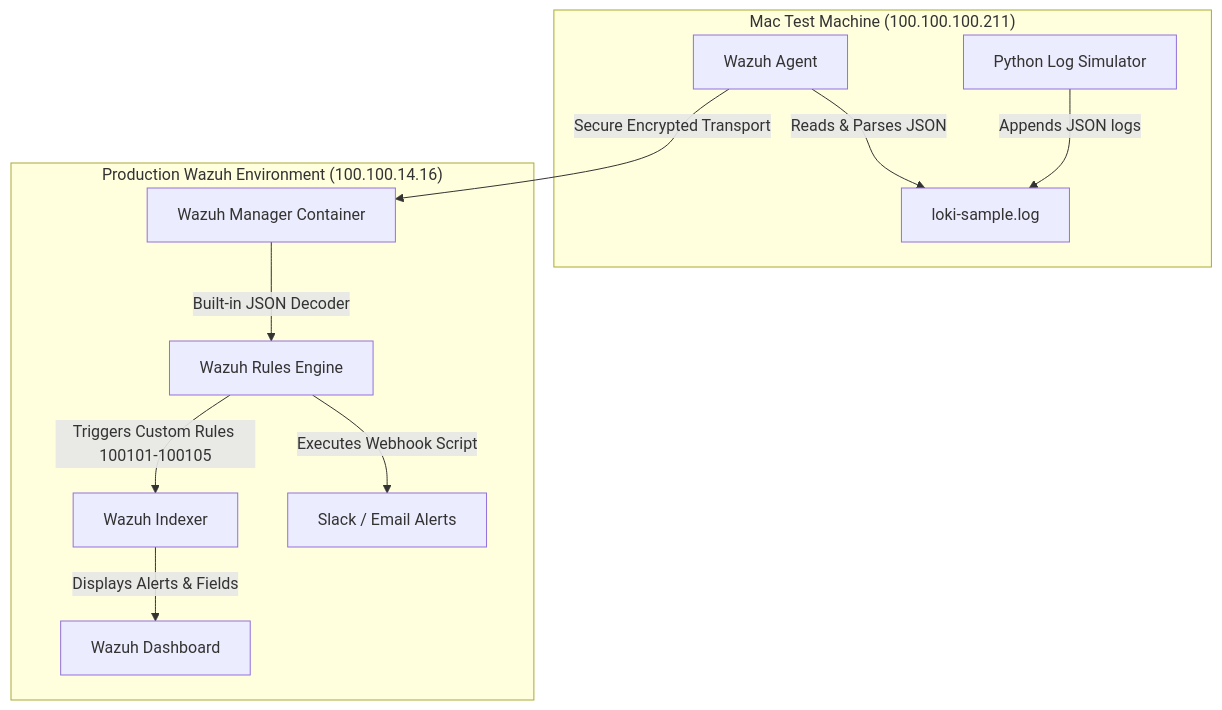
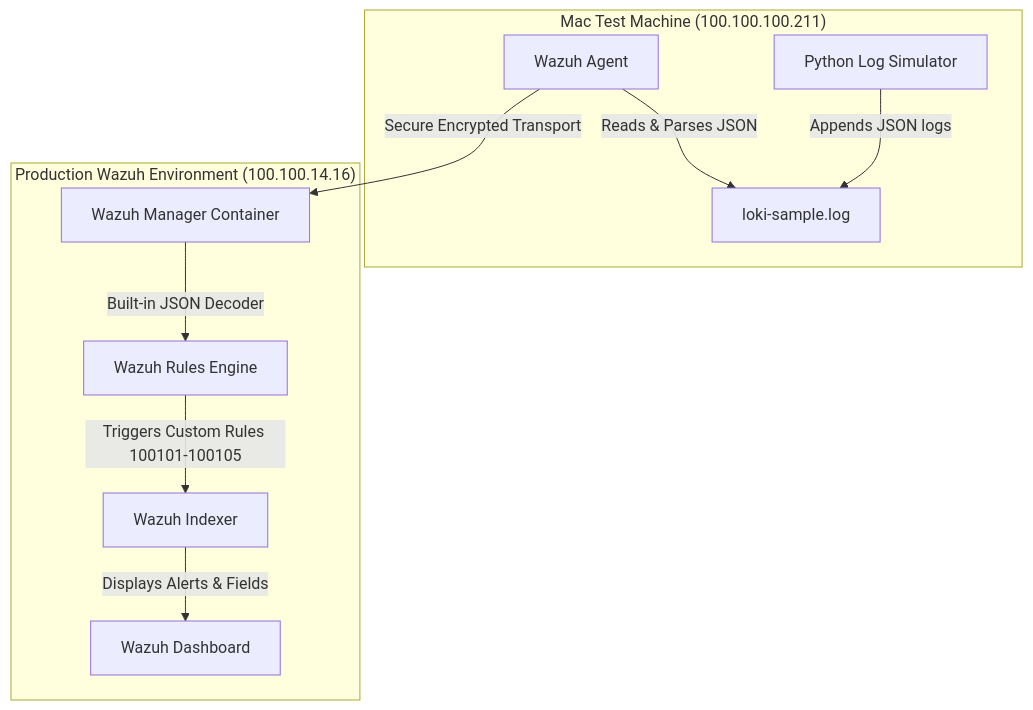
One commit to luvahuja89/Loki_Wazuh_Integration_Testing changed the diagram in README.md. Above: the diagram before and after it, drawn with Mermaid.

````diff
--- a/README.md
+++ b/README.md
@@ -14,15 +14,14 @@
 ```mermaid
 flowchart TD
     subgraph "Mac Test Machine (100.100.100.211)"
         A[Python Log Simulator] -->|Appends JSON logs| B[loki-sample.log]
         C[Wazuh Agent] -->|Reads & Parses JSON| B
     end
 
     subgraph "Production Wazuh Environment (100.100.14.16)"
         C -->|Secure Encrypted Transport| D[Wazuh Manager Container]
         D -->|Built-in JSON Decoder| E[Wazuh Rules Engine]
         E -->|Triggers Custom Rules 100101-100105| F[Wazuh Indexer]
-        E -->|Executes Webhook Script| G[Slack / Email Alerts]
         F -->|Displays Alerts & Fields| H[Wazuh Dashboard]
     end
 ```
````
